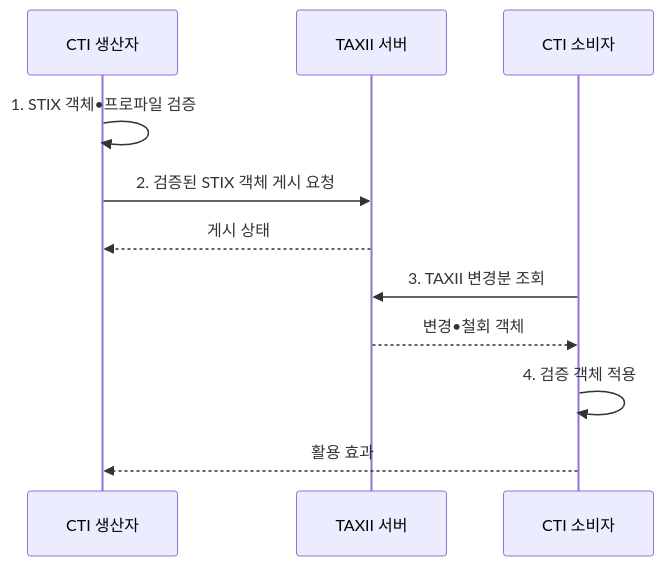
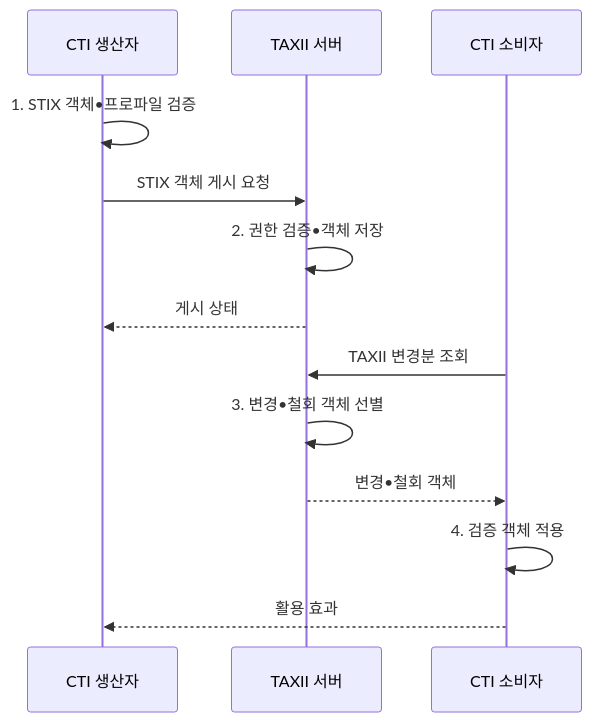
The second of 2 diagrams in src/content/docs/notes/05-security/032_stix_taxii.md (agnusdei1207/knowledge-base), drawn with Mermaid before and after one commit. The commit also changed other lines of this file and 13 other files, not shown here.

````diff
--- a/src/content/docs/notes/05-security/032_stix_taxii.md
+++ b/src/content/docs/notes/05-security/032_stix_taxii.md
@@ -104,13 +104,15 @@
 ```mermaid
 sequenceDiagram
     participant P as CTI 생산자
     participant T as TAXII 서버
     participant C as CTI 소비자
     P->>P: 1. STIX 객체•프로파일 검증
-    P->>T: 2. 검증된 STIX 객체 게시 요청
+    P->>T: STIX 객체 게시 요청
+    T->>T: 2. 권한 검증•객체 저장
     T-->>P: 게시 상태
-    C->>T: 3. TAXII 변경분 조회
+    C->>T: TAXII 변경분 조회
+    T->>T: 3. 변경•철회 객체 선별
     T-->>C: 변경•철회 객체
     C->>C: 4. 검증 객체 적용
     C-->>P: 활용 효과
 ```
````
